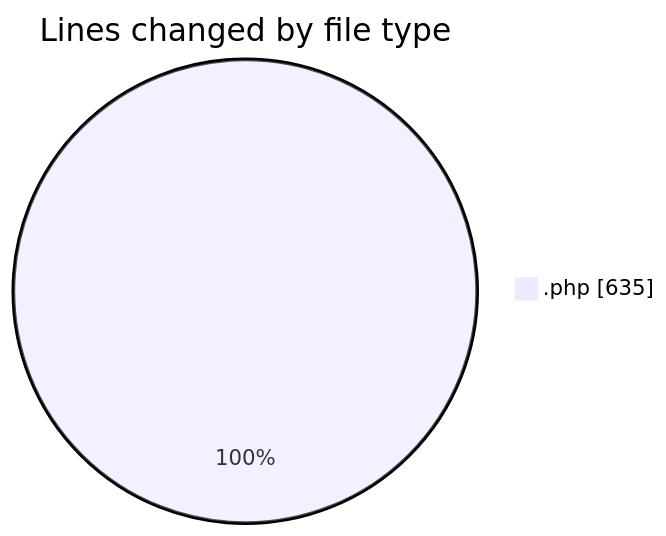
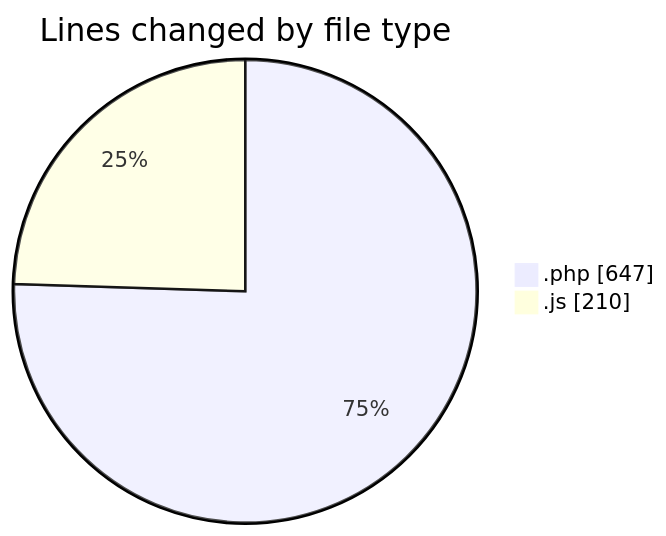
Before and after one commit to debugP/code-tracking: the first of 2 diagrams in 2026-07-28/untitled__workspace_/README.md, drawn with Mermaid. The commit also changed other lines of this file and 1 other file, not shown here.

````diff
--- a/2026-07-28/untitled__workspace_/README.md
+++ b/2026-07-28/untitled__workspace_/README.md
@@ -20,5 +21,6 @@
 ```mermaid
 pie showData
 title Lines changed by file type
-".php" : 635
+".php" : 647
+".js" : 210
 ```
````
